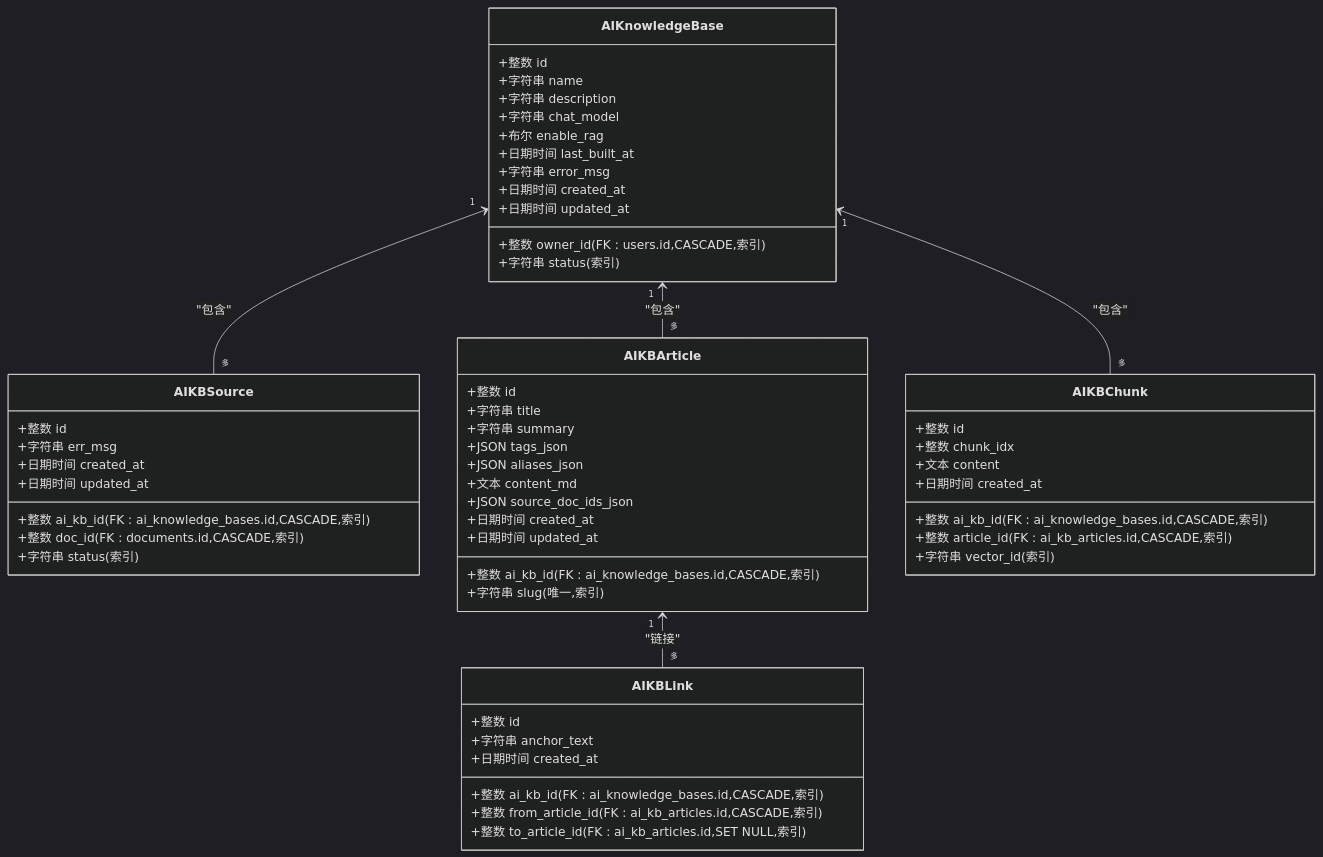
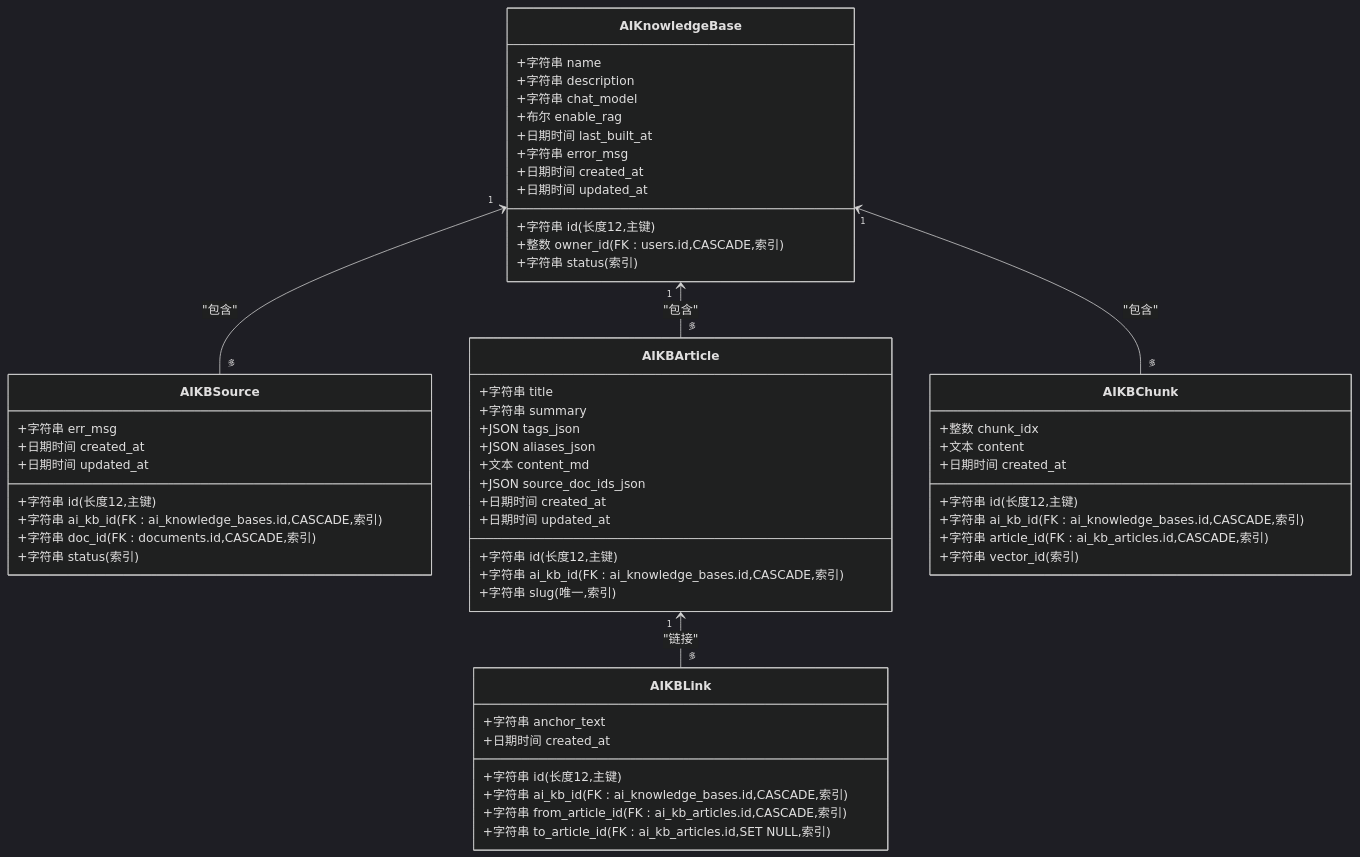
Before and after one commit to beyondalbert/my_wiki: the sixth of 8 diagrams in .qoder/repowiki/zh/content/架构设计/数据持久化架构/数据持久化架构.md, drawn with Mermaid (dark theme). The commit also changed other lines of this file and 21 other files, not shown here.

````diff
--- a/.qoder/repowiki/zh/content/架构设计/数据持久化架构/数据持久化架构.md
+++ b/.qoder/repowiki/zh/content/架构设计/数据持久化架构/数据持久化架构.md
@@ -362,59 +396,59 @@
 ```mermaid
 classDiagram
 class AIKnowledgeBase {
-+整数 id
++字符串 id(长度12,主键)
 +整数 owner_id(FK : users.id,CASCADE,索引)
 +字符串 name
 +字符串 description
 +字符串 chat_model
 +布尔 enable_rag
 +字符串 status(索引)
 +日期时间 last_built_at
 +字符串 error_msg
 +日期时间 created_at
 +日期时间 updated_at
 }
 class AIKBSource {
-+整数 id
-+整数 ai_kb_id(FK : ai_knowledge_bases.id,CASCADE,索引)
-+整数 doc_id(FK : documents.id,CASCADE,索引)
++字符串 id(长度12,主键)
++字符串 ai_kb_id(FK : ai_knowledge_bases.id,CASCADE,索引)
++字符串 doc_id(FK : documents.id,CASCADE,索引)
 +字符串 status(索引)
 +字符串 err_msg
 +日期时间 created_at
 +日期时间 updated_at
 }
 class AIKBArticle {
-+整数 id
-+整数 ai_kb_id(FK : ai_knowledge_bases.id,CASCADE,索引)
++字符串 id(长度12,主键)
++字符串 ai_kb_id(FK : ai_knowledge_bases.id,CASCADE,索引)
 +字符串 title
 +字符串 slug(唯一,索引)
 +字符串 summary
 +JSON tags_json
 +JSON aliases_json
 +文本 content_md
 +JSON source_doc_ids_json
 +日期时间 created_at
 +日期时间 updated_at
 }
 class AIKBLink {
-+整数 id
-+整数 ai_kb_id(FK : ai_knowledge_bases.id,CASCADE,索引)
-+整数 from_article_id(FK : ai_kb_articles.id,CASCADE,索引)
-+整数 to_article_id(FK : ai_kb_articles.id,SET NULL,索引)
++字符串 id(长度12,主键)
++字符串 ai_kb_id(FK : ai_knowledge_bases.id,CASCADE,索引)
++字符串 from_article_id(FK : ai_kb_articles.id,CASCADE,索引)
++字符串 to_article_id(FK : ai_kb_articles.id,SET NULL,索引)
 +字符串 anchor_text
 +日期时间 created_at
 }
 class AIKBChunk {
-+整数 id
-+整数 ai_kb_id(FK : ai_knowledge_bases.id,CASCADE,索引)
-+整数 article_id(FK : ai_kb_articles.id,CASCADE,索引)
++字符串 id(长度12,主键)
++字符串 ai_kb_id(FK : ai_knowledge_bases.id,CASCADE,索引)
++字符串 article_id(FK : ai_kb_articles.id,CASCADE,索引)
 +整数 chunk_idx
 +文本 content
 +字符串 vector_id(索引)
 +日期时间 created_at
 }
 AIKnowledgeBase "1" <-- "多" AIKBSource : "包含"
 AIKnowledgeBase "1" <-- "多" AIKBArticle : "包含"
 AIKBArticle "1" <-- "多" AIKBLink : "链接"
 AIKnowledgeBase "1" <-- "多" AIKBChunk : "包含"
 ```
````
